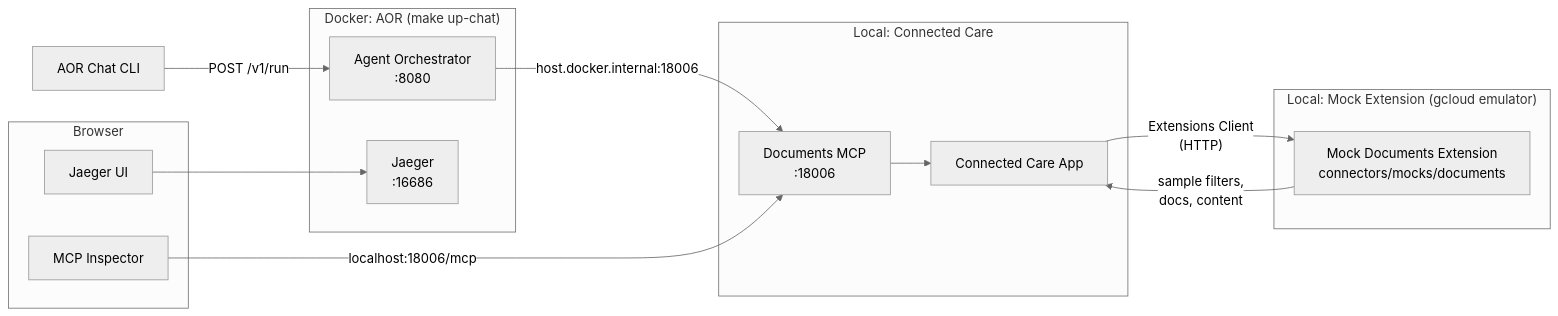
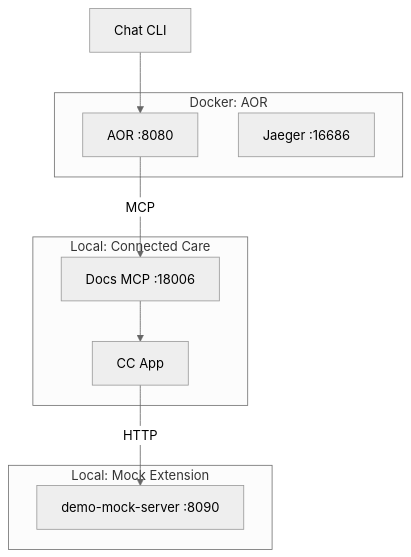
Diagram 13 of 16 in PLAN.md (vinismoraes/hackathon-agent-documents), drawn with Mermaid (neutral theme) before and after one commit. The commit also changed other lines of this file, not shown here.

First line of the commit message:
Simplify Mermaid diagrams for readability

````diff
--- a/PLAN.md
+++ b/PLAN.md
@@ -726,29 +720,21 @@
 ```mermaid
-flowchart LR
-    subgraph "Docker: AOR (make up-chat)"
-        AOR["Agent Orchestrator\n:8080"]
-        JAEGER["Jaeger\n:16686"]
+flowchart TD
+    subgraph DOCKER ["Docker: AOR"]
+        AOR["AOR :8080"]
+        JAEGER["Jaeger :16686"]
     end
 
-    subgraph "Local: Connected Care"
-        CC["Connected Care App"]
-        CC_MCP["Documents MCP\n:18006"]
+    subgraph LOCAL ["Local: Connected Care"]
+        CC_MCP["Docs MCP :18006"]
+        CC["CC App"]
     end
 
-    subgraph "Local: Mock Extension (gcloud emulator)"
-        MOCK_EXT["Mock Documents Extension\nconnectors/mocks/documents"]
+    subgraph MOCK ["Local: Mock Extension"]
+        MOCK_EXT["demo-mock-server :8090"]
     end
 
-    subgraph "Browser"
-        INSPECTOR["MCP Inspector"]
-        JAEGER_UI["Jaeger UI"]
-    end
-
-    CLI["AOR Chat CLI"] -->|"POST /v1/run"| AOR
-    AOR -->|"host.docker.internal:18006"| CC_MCP
+    CLI["Chat CLI"] --> AOR
+    AOR -->|"MCP"| CC_MCP
     CC_MCP --> CC
-    CC -->|"Extensions Client\n(HTTP)"| MOCK_EXT
-    MOCK_EXT -->|"sample filters,\ndocs, content"| CC
-    INSPECTOR -->|"localhost:18006/mcp"| CC_MCP
-    JAEGER_UI --> JAEGER
+    CC -->|"HTTP"| MOCK_EXT
 ```
````
